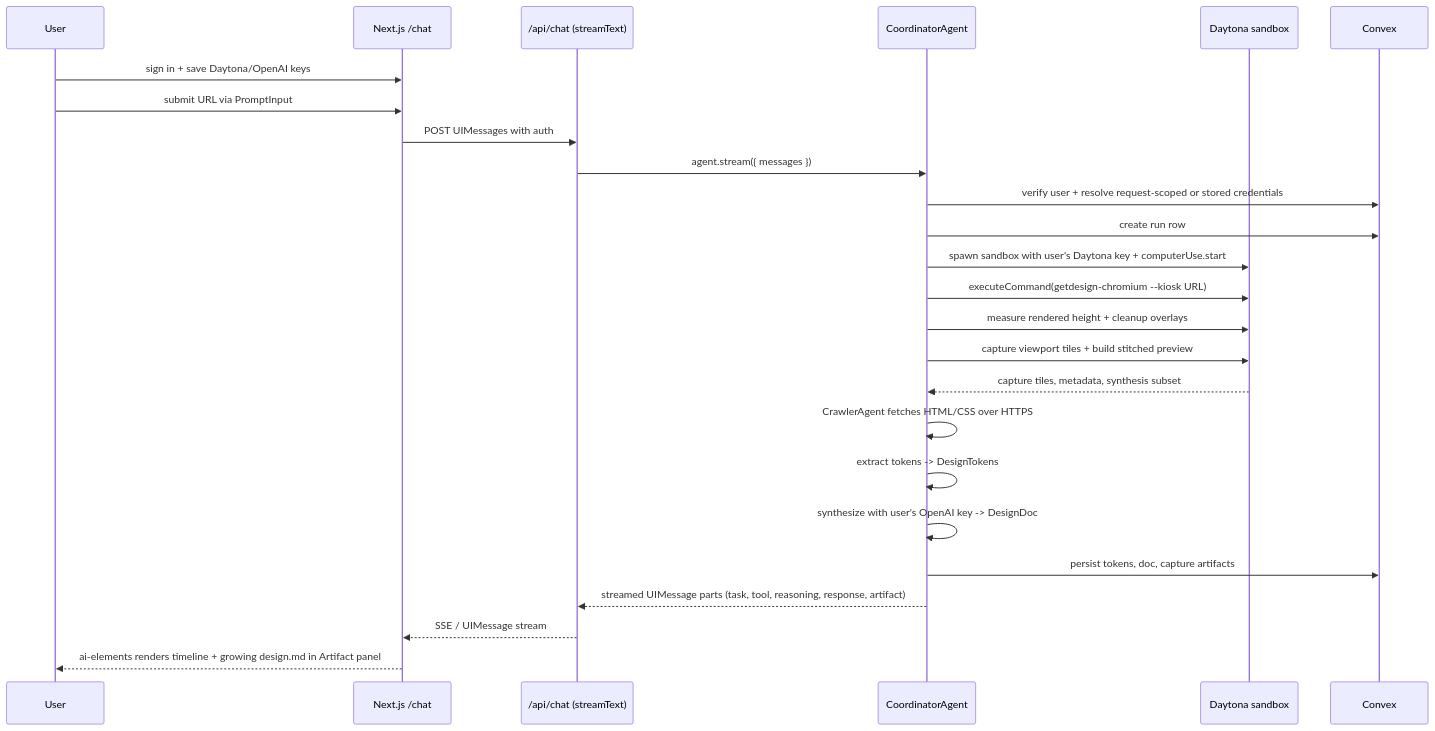
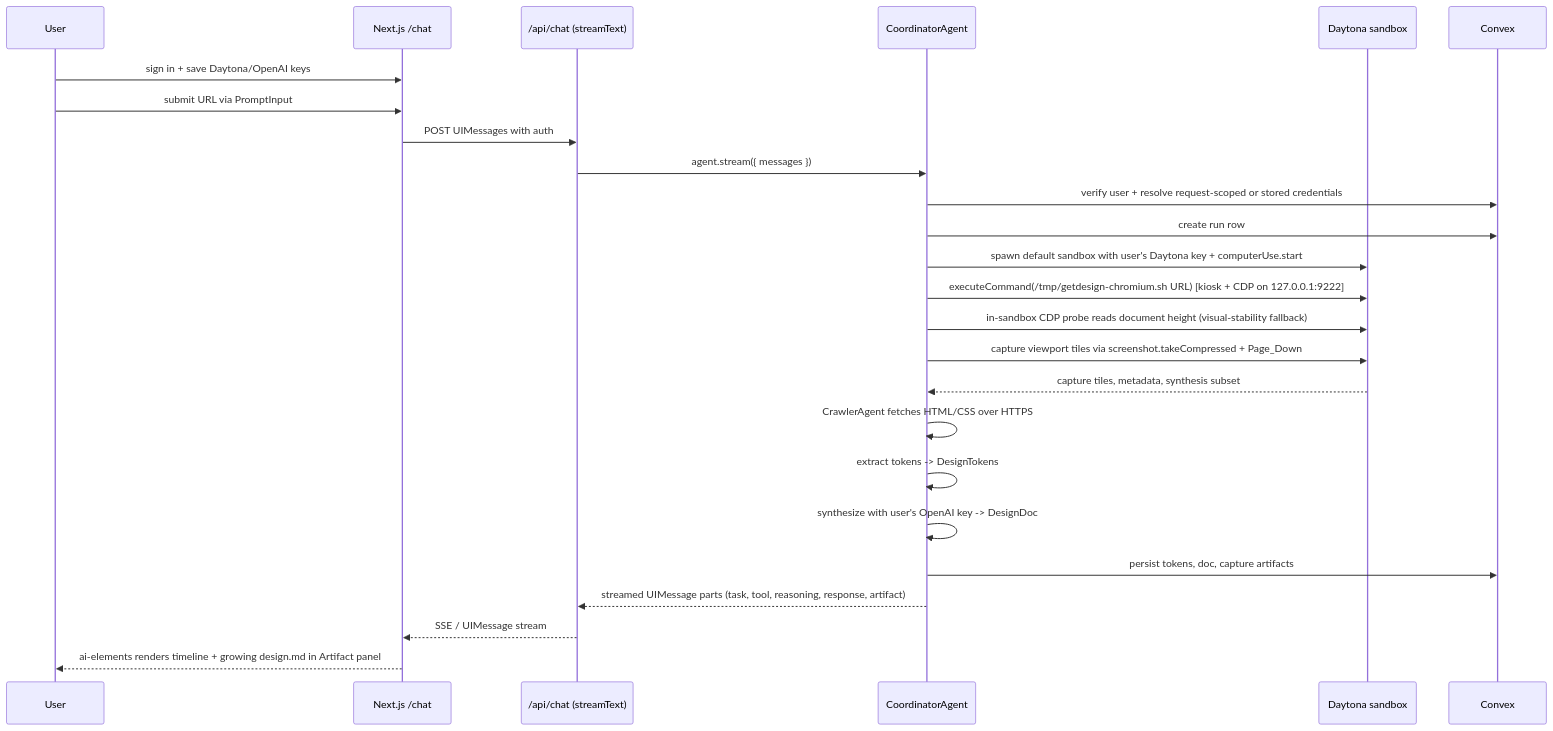
The second of 2 diagrams in architecture.md (MohtashamMurshid/getdesign), drawn with Mermaid before and after one commit. The commit also changed other lines of this file and 27 other files, not shown here.

First line of the commit message:
feat(capture): replace custom snapshot+SSH-CDP with Daytona Computer Use

````diff
--- a/architecture.md
+++ b/architecture.md
@@ -194,27 +195,27 @@
 ```mermaid
 sequenceDiagram
     participant U as User
     participant W as Next.js /chat
     participant R as /api/chat (streamText)
     participant C as CoordinatorAgent
     participant D as Daytona sandbox
     participant CV as Convex
     U->>W: sign in + save Daytona/OpenAI keys
     U->>W: submit URL via PromptInput
     W->>R: POST UIMessages with auth
     R->>C: agent.stream({ messages })
     C->>CV: verify user + resolve request-scoped or stored credentials
     C->>CV: create run row
-    C->>D: spawn sandbox with user's Daytona key + computerUse.start
-    C->>D: executeCommand(getdesign-chromium --kiosk URL)
-    C->>D: measure rendered height + cleanup overlays
-    C->>D: capture viewport tiles + build stitched preview
+    C->>D: spawn default sandbox with user's Daytona key + computerUse.start
+    C->>D: executeCommand(/tmp/getdesign-chromium.sh URL) [kiosk + CDP on 127.0.0.1:9222]
+    C->>D: in-sandbox CDP probe reads document height (visual-stability fallback)
+    C->>D: capture viewport tiles via screenshot.takeCompressed + Page_Down
     D-->>C: capture tiles, metadata, synthesis subset
     C->>C: CrawlerAgent fetches HTML/CSS over HTTPS
     C->>C: extract tokens -> DesignTokens
     C->>C: synthesize with user's OpenAI key -> DesignDoc
     C->>CV: persist tokens, doc, capture artifacts
     C-->>R: streamed UIMessage parts (task, tool, reasoning, response, artifact)
     R-->>W: SSE / UIMessage stream
     W-->>U: ai-elements renders timeline + growing design.md in Artifact panel
 ```
````
